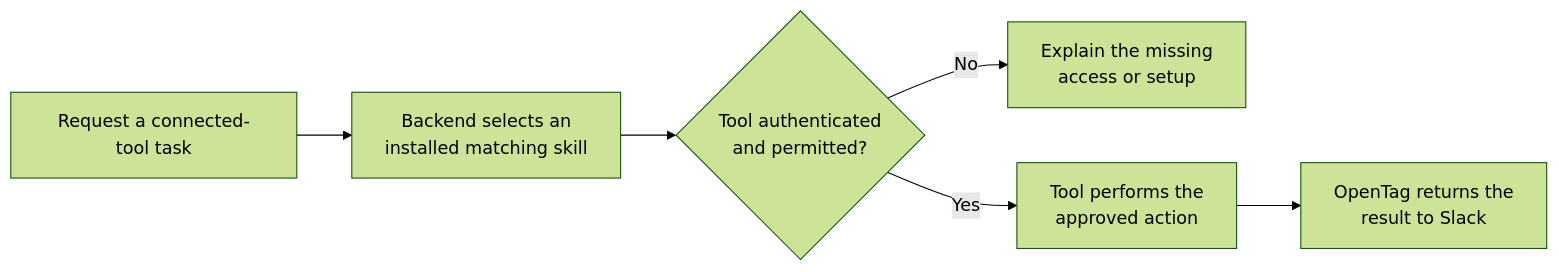
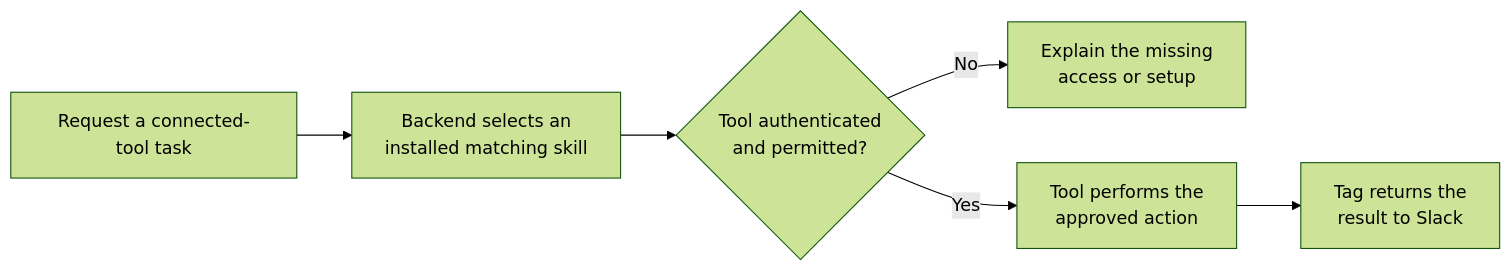
Before and after one commit to klovr-co/hover-tag: diagram 15 of 19 in docs/user-flows.md, drawn with Mermaid (forest theme). The commit also changed other lines of this file and 23 other files, not shown here.

````diff
--- a/docs/user-flows.md
+++ b/docs/user-flows.md
@@ -523,13 +523,13 @@
 ```mermaid
 flowchart LR
     Ask["Request a connected-tool task"]
     Select["Backend selects an<br/>installed matching skill"]
     Auth{"Tool authenticated<br/>and permitted?"}
     Stop["Explain the missing<br/>access or setup"]
     Act["Tool performs the<br/>approved action"]
-    Reply["OpenTag returns the<br/>result to Slack"]
+    Reply["Tag returns the<br/>result to Slack"]
 
     Ask --> Select --> Auth
     Auth -->|No| Stop
     Auth -->|Yes| Act --> Reply
 ```
````
